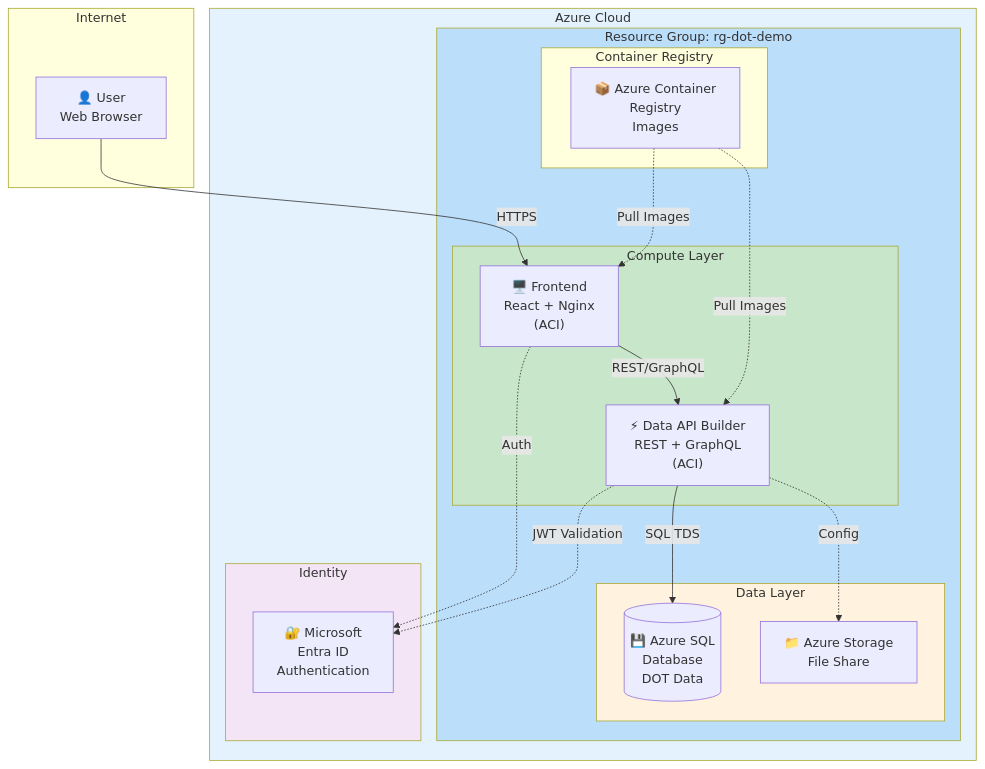
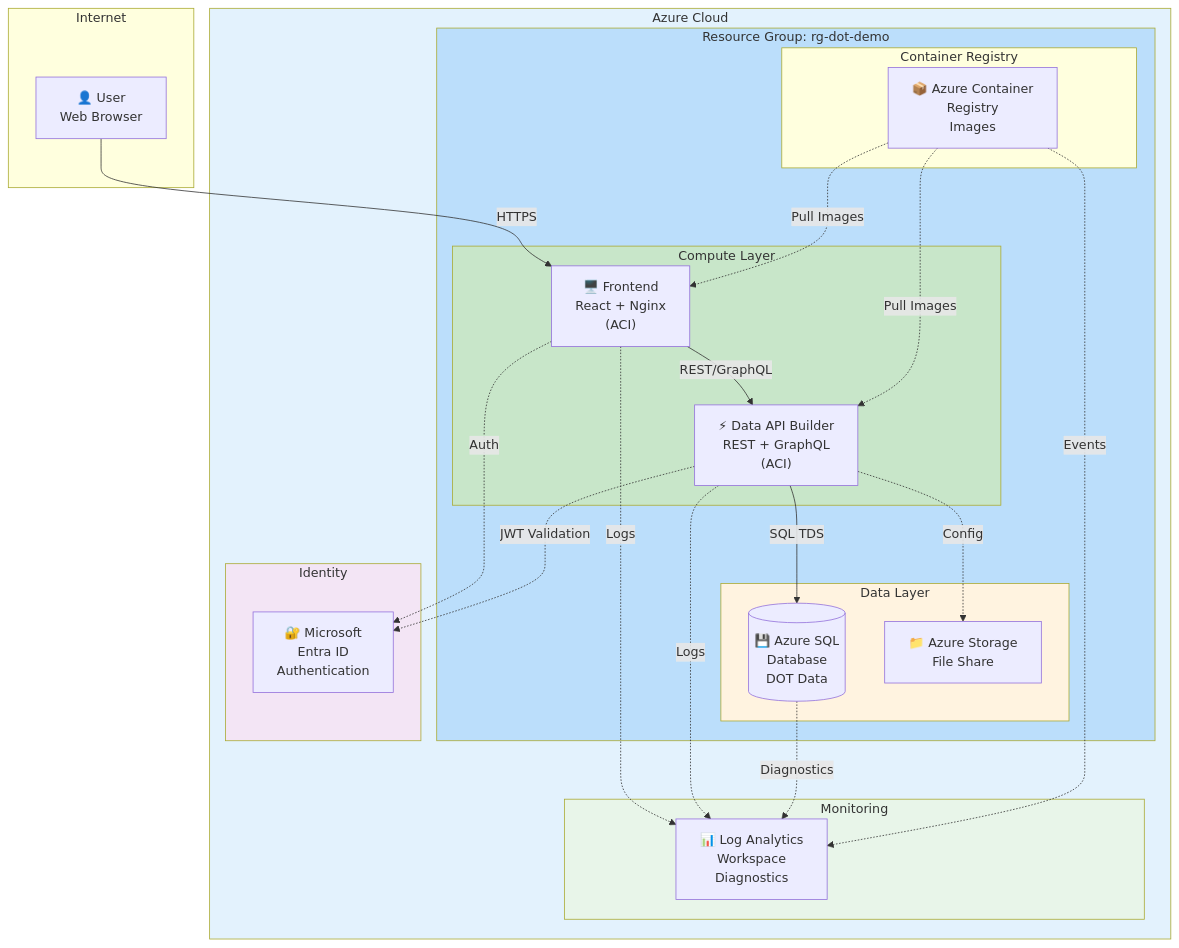
Before and after one commit to fgarofalo56/azure-dab-fullstack-demo: the first of 13 diagrams in docs/architecture.md, drawn with Mermaid. The commit also changed other lines of this file and 2 other files, not shown here.

First line of the commit message:
docs: add monitoring and diagnostics documentation

````diff
--- a/docs/architecture.md
+++ b/docs/architecture.md
@@ -41,43 +42,52 @@
 ```mermaid
 flowchart TB
     subgraph Internet["Internet"]
         User["👤 User<br/>Web Browser"]
     end
 
     subgraph Azure["Azure Cloud"]
         subgraph RG["Resource Group: rg-dot-demo"]
             subgraph Compute["Compute Layer"]
                 Frontend["🖥️ Frontend<br/>React + Nginx<br/>(ACI)"]
                 DAB["⚡ Data API Builder<br/>REST + GraphQL<br/>(ACI)"]
             end
 
             subgraph Data["Data Layer"]
                 SQL[("💾 Azure SQL<br/>Database<br/>DOT Data")]
                 Storage["📁 Azure Storage<br/>File Share"]
             end
 
             subgraph Registry["Container Registry"]
                 ACR["📦 Azure Container<br/>Registry<br/>Images"]
             end
         end
 
+        subgraph Monitoring["Monitoring"]
+            LAW["📊 Log Analytics<br/>Workspace<br/>Diagnostics"]
+        end
+
         subgraph Identity["Identity"]
             EntraID["🔐 Microsoft<br/>Entra ID<br/>Authentication"]
         end
     end
 
     User -->|HTTPS| Frontend
     Frontend -->|REST/GraphQL| DAB
     DAB -->|SQL TDS| SQL
     DAB -.->|Config| Storage
     Frontend -.->|Auth| EntraID
     DAB -.->|JWT Validation| EntraID
     ACR -.->|Pull Images| Frontend
     ACR -.->|Pull Images| DAB
+    Frontend -.->|Logs| LAW
+    DAB -.->|Logs| LAW
+    SQL -.->|Diagnostics| LAW
+    ACR -.->|Events| LAW
 
     style Azure fill:#e3f2fd
     style RG fill:#bbdefb
     style Compute fill:#c8e6c9
     style Data fill:#fff3e0
     style Identity fill:#f3e5f5
+    style Monitoring fill:#e8f5e9
 ```
````
